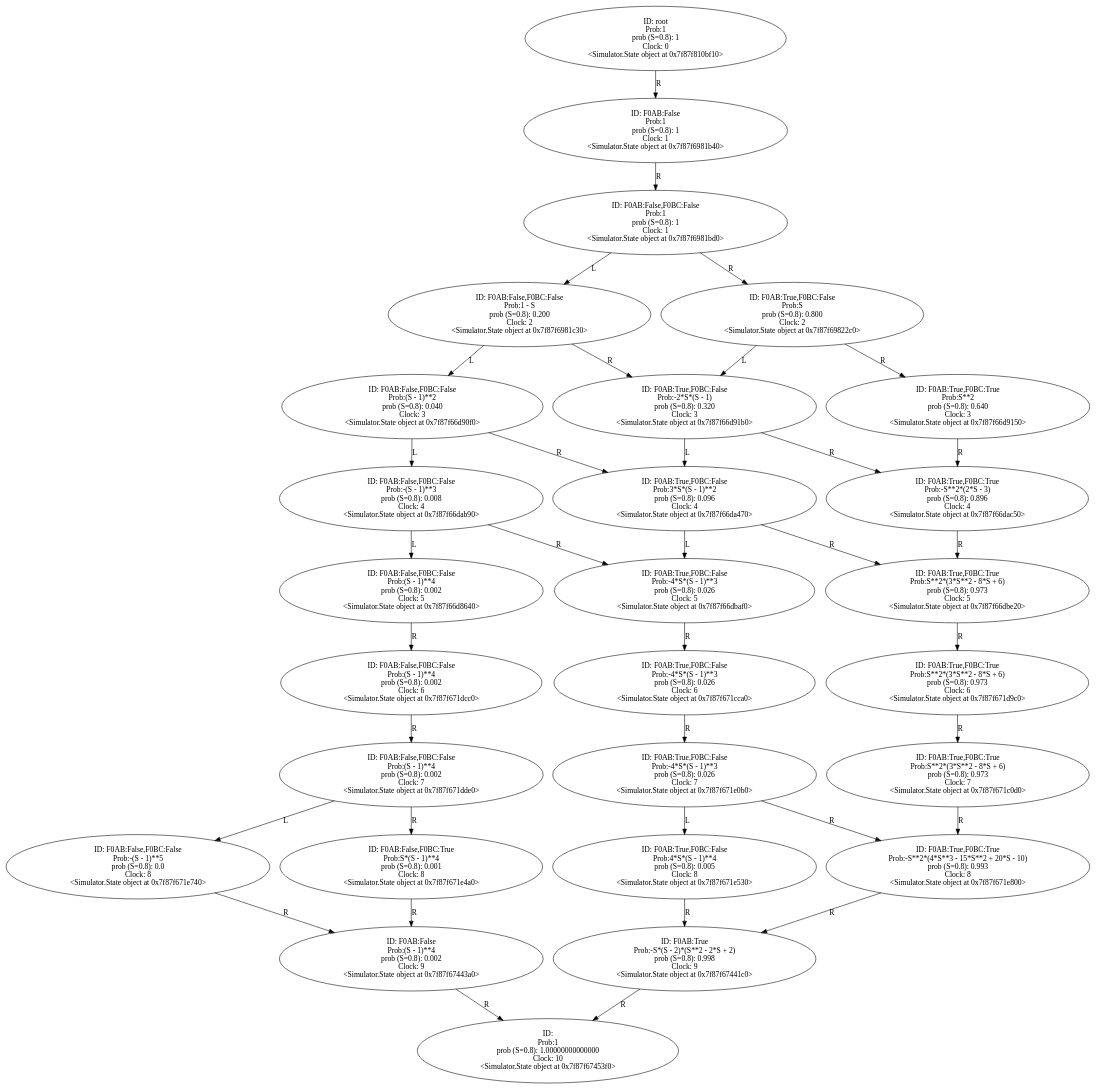
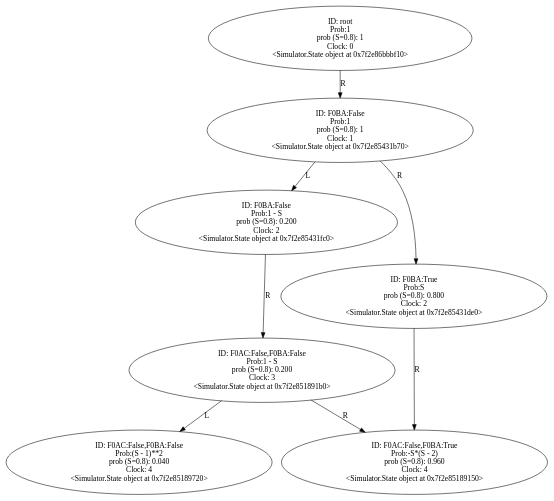
One commit to YasinBoloorchi/WARP-Simulator changed the diagram in Output/Digraph.gv. Above: the diagram before and after it, drawn with Graphviz. The commit also changed 6 other files, not shown here.

```diff
--- a/Output/Digraph.gv
+++ b/Output/Digraph.gv
@@ -1,172 +1,44 @@
 digraph "./Output/Digraph" {
-	<Simulator.State object at 0x7f87f810bf10> [label="ID: root
+	<Simulator.State object at 0x7f2e86bbbf10> [label="ID: root
 Prob:1
 prob (S=0.8): 1
 Clock: 0
-<Simulator.State object at 0x7f87f810bf10>"]
-	<Simulator.State object at 0x7f87f810bf10> -> <Simulator.State object at 0x7f87f6981b40> [label=R]
-	<Simulator.State object at 0x7f87f6981b40> [label="ID: F0AB:False
+<Simulator.State object at 0x7f2e86bbbf10>"]
+	<Simulator.State object at 0x7f2e86bbbf10> -> <Simulator.State object at 0x7f2e85431b70> [label=R]
+	<Simulator.State object at 0x7f2e85431b70> [label="ID: F0BA:False
 Prob:1
 prob (S=0.8): 1
 Clock: 1
-<Simulator.State object at 0x7f87f6981b40>"]
-	<Simulator.State object at 0x7f87f6981b40> -> <Simulator.State object at 0x7f87f6981bd0> [label=R]
-	<Simulator.State object at 0x7f87f6981bd0> [label="ID: F0AB:False,F0BC:False
-Prob:1
-prob (S=0.8): 1
-Clock: 1
-<Simulator.State object at 0x7f87f6981bd0>"]
-	<Simulator.State object at 0x7f87f6981bd0> -> <Simulator.State object at 0x7f87f6981c30> [label=L]
-	<Simulator.State object at 0x7f87f6981bd0> -> <Simulator.State object at 0x7f87f69822c0> [label=R]
-	<Simulator.State object at 0x7f87f6981c30> [label="ID: F0AB:False,F0BC:False
+<Simulator.State object at 0x7f2e85431b70>"]
+	<Simulator.State object at 0x7f2e85431b70> -> <Simulator.State object at 0x7f2e85431fc0> [label=L]
+	<Simulator.State object at 0x7f2e85431b70> -> <Simulator.State object at 0x7f2e85431de0> [label=R]
+	<Simulator.State object at 0x7f2e85431fc0> [label="ID: F0BA:False
 Prob:1 - S
 prob (S=0.8): 0.200
 Clock: 2
-<Simulator.State object at 0x7f87f6981c30>"]
-	<Simulator.State object at 0x7f87f6981c30> -> <Simulator.State object at 0x7f87f66d90f0> [label=L]
-	<Simulator.State object at 0x7f87f6981c30> -> <Simulator.State object at 0x7f87f66d91b0> [label=R]
-	<Simulator.State object at 0x7f87f69822c0> [label="ID: F0AB:True,F0BC:False
+<Simulator.State object at 0x7f2e85431fc0>"]
+	<Simulator.State object at 0x7f2e85431fc0> -> <Simulator.State object at 0x7f2e851891b0> [label=R]
+	<Simulator.State object at 0x7f2e85431de0> [label="ID: F0BA:True
 Prob:S
 prob (S=0.8): 0.800
 Clock: 2
-<Simulator.State object at 0x7f87f69822c0>"]
-	<Simulator.State object at 0x7f87f69822c0> -> <Simulator.State object at 0x7f87f66d91b0> [label=L]
-	<Simulator.State object at 0x7f87f69822c0> -> <Simulator.State object at 0x7f87f66d9150> [label=R]
-	<Simulator.State object at 0x7f87f66d90f0> [label="ID: F0AB:False,F0BC:False
+<Simulator.State object at 0x7f2e85431de0>"]
+	<Simulator.State object at 0x7f2e85431de0> -> <Simulator.State object at 0x7f2e85189150> [label=R]
+	<Simulator.State object at 0x7f2e851891b0> [label="ID: F0AC:False,F0BA:False
+Prob:1 - S
+prob (S=0.8): 0.200
+Clock: 3
+<Simulator.State object at 0x7f2e851891b0>"]
+	<Simulator.State object at 0x7f2e851891b0> -> <Simulator.State object at 0x7f2e85189720> [label=L]
+	<Simulator.State object at 0x7f2e851891b0> -> <Simulator.State object at 0x7f2e85189150> [label=R]
+	<Simulator.State object at 0x7f2e85189150> [label="ID: F0AC:False,F0BA:True
+Prob:-S*(S - 2)
+prob (S=0.8): 0.960
+Clock: 4
+<Simulator.State object at 0x7f2e85189150>"]
+	<Simulator.State object at 0x7f2e85189720> [label="ID: F0AC:False,F0BA:False
 Prob:(S - 1)**2
 prob (S=0.8): 0.040
-Clock: 3
-<Simulator.State object at 0x7f87f66d90f0>"]
-	<Simulator.State object at 0x7f87f66d90f0> -> <Simulator.State object at 0x7f87f66dab90> [label=L]
-	<Simulator.State object at 0x7f87f66d90f0> -> <Simulator.State object at 0x7f87f66da470> [label=R]
-	<Simulator.State object at 0x7f87f66d91b0> [label="ID: F0AB:True,F0BC:False
-Prob:-2*S*(S - 1)
-prob (S=0.8): 0.320
-Clock: 3
-<Simulator.State object at 0x7f87f66d91b0>"]
-	<Simulator.State object at 0x7f87f66d91b0> -> <Simulator.State object at 0x7f87f66da470> [label=L]
-	<Simulator.State object at 0x7f87f66d91b0> -> <Simulator.State object at 0x7f87f66dac50> [label=R]
-	<Simulator.State object at 0x7f87f66d9150> [label="ID: F0AB:True,F0BC:True
-Prob:S**2
-prob (S=0.8): 0.640
-Clock: 3
-<Simulator.State object at 0x7f87f66d9150>"]
-	<Simulator.State object at 0x7f87f66d9150> -> <Simulator.State object at 0x7f87f66dac50> [label=R]
-	<Simulator.State object at 0x7f87f66dab90> [label="ID: F0AB:False,F0BC:False
-Prob:-(S - 1)**3
-prob (S=0.8): 0.008
 Clock: 4
-<Simulator.State object at 0x7f87f66dab90>"]
-	<Simulator.State object at 0x7f87f66dab90> -> <Simulator.State object at 0x7f87f66d8640> [label=L]
-	<Simulator.State object at 0x7f87f66dab90> -> <Simulator.State object at 0x7f87f66dbaf0> [label=R]
-	<Simulator.State object at 0x7f87f66da470> [label="ID: F0AB:True,F0BC:False
-Prob:3*S*(S - 1)**2
-prob (S=0.8): 0.096
-Clock: 4
-<Simulator.State object at 0x7f87f66da470>"]
-	<Simulator.State object at 0x7f87f66da470> -> <Simulator.State object at 0x7f87f66dbaf0> [label=L]
-	<Simulator.State object at 0x7f87f66da470> -> <Simulator.State object at 0x7f87f66dbe20> [label=R]
-	<Simulator.State object at 0x7f87f66dac50> [label="ID: F0AB:True,F0BC:True
-Prob:-S**2*(2*S - 3)
-prob (S=0.8): 0.896
-Clock: 4
-<Simulator.State object at 0x7f87f66dac50>"]
-	<Simulator.State object at 0x7f87f66dac50> -> <Simulator.State object at 0x7f87f66dbe20> [label=R]
-	<Simulator.State object at 0x7f87f66d8640> [label="ID: F0AB:False,F0BC:False
-Prob:(S - 1)**4
-prob (S=0.8): 0.002
-Clock: 5
-<Simulator.State object at 0x7f87f66d8640>"]
-	<Simulator.State object at 0x7f87f66d8640> -> <Simulator.State object at 0x7f87f671dcc0> [label=R]
-	<Simulator.State object at 0x7f87f66dbaf0> [label="ID: F0AB:True,F0BC:False
-Prob:-4*S*(S - 1)**3
-prob (S=0.8): 0.026
-Clock: 5
-<Simulator.State object at 0x7f87f66dbaf0>"]
-	<Simulator.State object at 0x7f87f66dbaf0> -> <Simulator.State object at 0x7f87f671cca0> [label=R]
-	<Simulator.State object at 0x7f87f66dbe20> [label="ID: F0AB:True,F0BC:True
-Prob:S**2*(3*S**2 - 8*S + 6)
-prob (S=0.8): 0.973
-Clock: 5
-<Simulator.State object at 0x7f87f66dbe20>"]
-	<Simulator.State object at 0x7f87f66dbe20> -> <Simulator.State object at 0x7f87f671d9c0> [label=R]
-	<Simulator.State object at 0x7f87f671dcc0> [label="ID: F0AB:False,F0BC:False
-Prob:(S - 1)**4
-prob (S=0.8): 0.002
-Clock: 6
-<Simulator.State object at 0x7f87f671dcc0>"]
-	<Simulator.State object at 0x7f87f671dcc0> -> <Simulator.State object at 0x7f87f671dde0> [label=R]
-	<Simulator.State object at 0x7f87f671cca0> [label="ID: F0AB:True,F0BC:False
-Prob:-4*S*(S - 1)**3
-prob (S=0.8): 0.026
-Clock: 6
-<Simulator.State object at 0x7f87f671cca0>"]
-	<Simulator.State object at 0x7f87f671cca0> -> <Simulator.State object at 0x7f87f671e0b0> [label=R]
-	<Simulator.State object at 0x7f87f671d9c0> [label="ID: F0AB:True,F0BC:True
-Prob:S**2*(3*S**2 - 8*S + 6)
-prob (S=0.8): 0.973
-Clock: 6
-<Simulator.State object at 0x7f87f671d9c0>"]
-	<Simulator.State object at 0x7f87f671d9c0> -> <Simulator.State object at 0x7f87f671c0d0> [label=R]
-	<Simulator.State object at 0x7f87f671dde0> [label="ID: F0AB:False,F0BC:False
-Prob:(S - 1)**4
-prob (S=0.8): 0.002
-Clock: 7
-<Simulator.State object at 0x7f87f671dde0>"]
-	<Simulator.State object at 0x7f87f671dde0> -> <Simulator.State object at 0x7f87f671e740> [label=L]
-	<Simulator.State object at 0x7f87f671dde0> -> <Simulator.State object at 0x7f87f671e4a0> [label=R]
-	<Simulator.State object at 0x7f87f671e0b0> [label="ID: F0AB:True,F0BC:False
-Prob:-4*S*(S - 1)**3
-prob (S=0.8): 0.026
-Clock: 7
-<Simulator.State object at 0x7f87f671e0b0>"]
-	<Simulator.State object at 0x7f87f671e0b0> -> <Simulator.State object at 0x7f87f671e530> [label=L]
-	<Simulator.State object at 0x7f87f671e0b0> -> <Simulator.State object at 0x7f87f671e800> [label=R]
-	<Simulator.State object at 0x7f87f671c0d0> [label="ID: F0AB:True,F0BC:True
-Prob:S**2*(3*S**2 - 8*S + 6)
-prob (S=0.8): 0.973
-Clock: 7
-<Simulator.State object at 0x7f87f671c0d0>"]
-	<Simulator.State object at 0x7f87f671c0d0> -> <Simulator.State object at 0x7f87f671e800> [label=R]
-	<Simulator.State object at 0x7f87f671e740> [label="ID: F0AB:False,F0BC:False
-Prob:-(S - 1)**5
-prob (S=0.8): 0.0
-Clock: 8
-<Simulator.State object at 0x7f87f671e740>"]
-	<Simulator.State object at 0x7f87f671e740> -> <Simulator.State object at 0x7f87f67443a0> [label=R]
-	<Simulator.State object at 0x7f87f671e4a0> [label="ID: F0AB:False,F0BC:True
-Prob:S*(S - 1)**4
-prob (S=0.8): 0.001
-Clock: 8
-<Simulator.State object at 0x7f87f671e4a0>"]
-	<Simulator.State object at 0x7f87f671e4a0> -> <Simulator.State object at 0x7f87f67443a0> [label=R]
-	<Simulator.State object at 0x7f87f671e530> [label="ID: F0AB:True,F0BC:False
-Prob:4*S*(S - 1)**4
-prob (S=0.8): 0.005
-Clock: 8
-<Simulator.State object at 0x7f87f671e530>"]
-	<Simulator.State object at 0x7f87f671e530> -> <Simulator.State object at 0x7f87f67441c0> [label=R]
-	<Simulator.State object at 0x7f87f671e800> [label="ID: F0AB:True,F0BC:True
-Prob:-S**2*(4*S**3 - 15*S**2 + 20*S - 10)
-prob (S=0.8): 0.993
-Clock: 8
-<Simulator.State object at 0x7f87f671e800>"]
-	<Simulator.State object at 0x7f87f671e800> -> <Simulator.State object at 0x7f87f67441c0> [label=R]
-	<Simulator.State object at 0x7f87f67443a0> [label="ID: F0AB:False
-Prob:(S - 1)**4
-prob (S=0.8): 0.002
-Clock: 9
-<Simulator.State object at 0x7f87f67443a0>"]
-	<Simulator.State object at 0x7f87f67443a0> -> <Simulator.State object at 0x7f87f67453f0> [label=R]
-	<Simulator.State object at 0x7f87f67441c0> [label="ID: F0AB:True
-Prob:-S*(S - 2)*(S**2 - 2*S + 2)
-prob (S=0.8): 0.998
-Clock: 9
-<Simulator.State object at 0x7f87f67441c0>"]
-	<Simulator.State object at 0x7f87f67441c0> -> <Simulator.State object at 0x7f87f67453f0> [label=R]
-	<Simulator.State object at 0x7f87f67453f0> [label="ID: 
-Prob:1
-prob (S=0.8): 1.00000000000000
-Clock: 10
-<Simulator.State object at 0x7f87f67453f0>"]
+<Simulator.State object at 0x7f2e85189720>"]
 }
```
